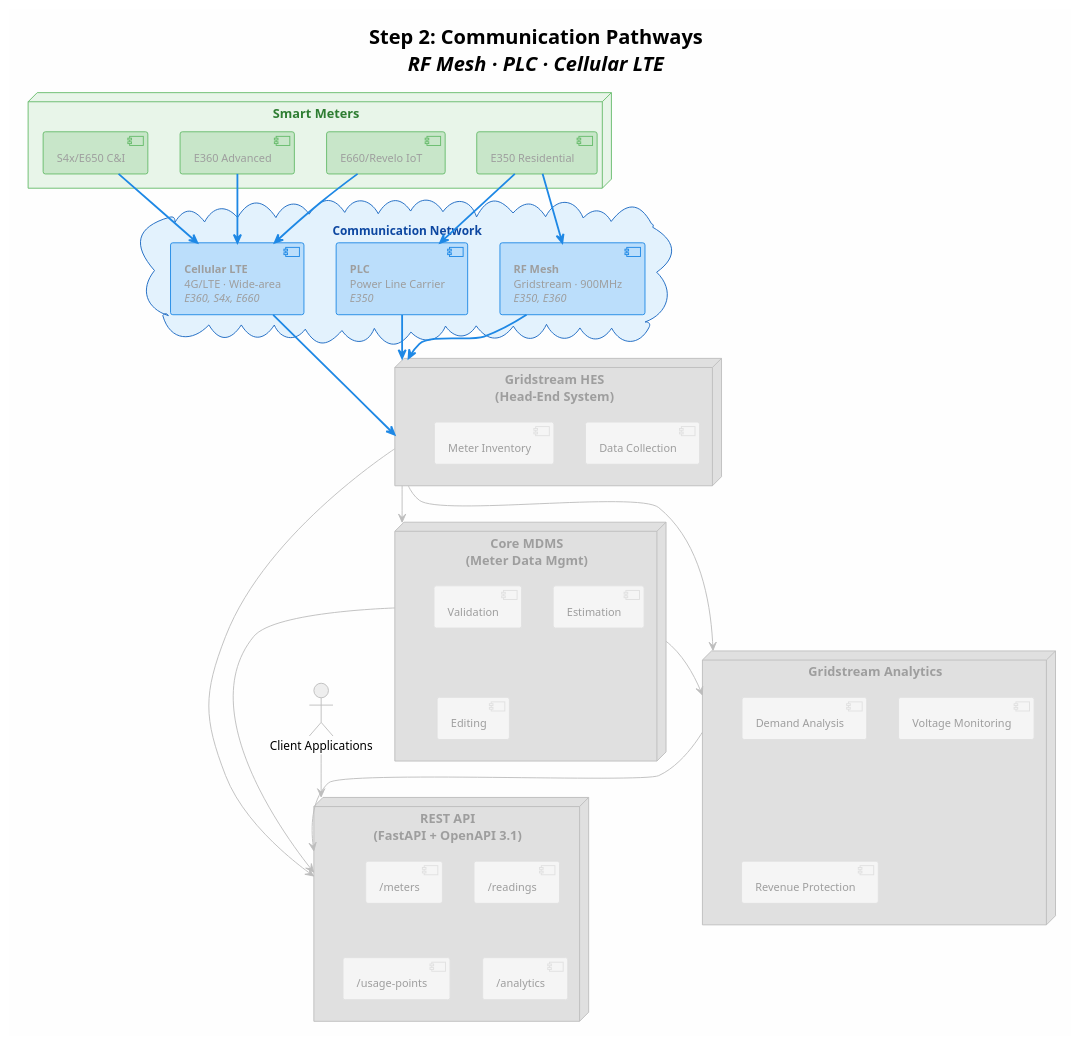
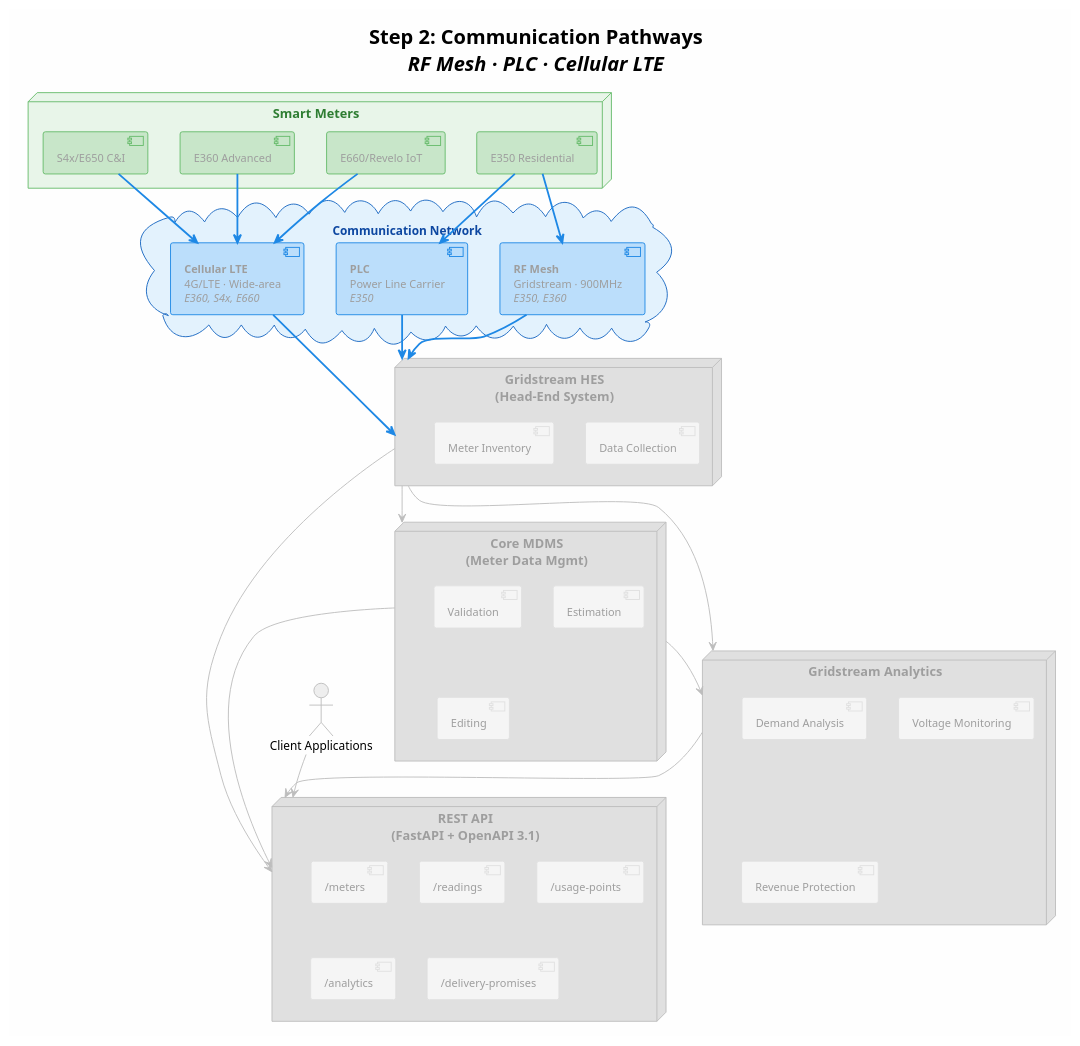
Before and after one commit to pjm4github/PokeAMI: the diagram in docs/diagrams/walkthrough/architecture_step2_comms.puml, drawn with PlantUML. The commit also changed 16 other files, not shown here.

First line of the commit message:
Rename to PokeAMI, update README and all PlantUML diagrams

```diff
--- a/docs/diagrams/walkthrough/architecture_step2_comms.puml
+++ b/docs/diagrams/walkthrough/architecture_step2_comms.puml
@@ -1,89 +1,90 @@
 @startuml Architecture - Step 2: Communication Network
 !theme plain
 
 title <b>Step 2: Communication Pathways</b>\n<i>RF Mesh · PLC · Cellular LTE</i>
 
 skinparam backgroundColor #FEFEFE
 skinparam defaultFontSize 13
 
 ' ── DIM everything by default ──
 skinparam node {
     BackgroundColor #E0E0E0
     BorderColor #BDBDBD
     FontColor #9E9E9E
     FontSize 14
 }
 skinparam cloud {
     BackgroundColor #E0E0E0
     BorderColor #BDBDBD
     FontColor #9E9E9E
 }
 skinparam component {
     FontSize 12
     FontColor #9E9E9E
     BackgroundColor #F5F5F5
     BorderColor #E0E0E0
 }
 skinparam actor {
     BackgroundColor #EEEEEE
     BorderColor #BDBDBD
 }
 
 node "Smart Meters" as Meters #E8F5E9;line:66BB6A;text:2E7D32 {
     [E350 Residential] as E350 #C8E6C9;line:66BB6A
     [E360 Advanced] as E360 #C8E6C9;line:66BB6A
     [S4x/E650 C&I] as S4x #C8E6C9;line:66BB6A
     [E660/Revelo IoT] as E660 #C8E6C9;line:66BB6A
 }
 
 cloud "Communication Network" as Comm #E3F2FD;line:1565C0;text:0D47A1 {
     [<b>RF Mesh</b>\nGridstream · 900MHz\n<i>E350, E360</i>] as RF #BBDEFB;line:1E88E5
     [<b>PLC</b>\nPower Line Carrier\n<i>E350</i>] as PLC #BBDEFB;line:1E88E5
     [<b>Cellular LTE</b>\n4G/LTE · Wide-area\n<i>E360, S4x, E660</i>] as LTE #BBDEFB;line:1E88E5
 }
 
 node "Gridstream HES\n(Head-End System)" as HES {
     [Data Collection] as DC
     [Meter Inventory] as MI
 }
 
 node "Core MDMS\n(Meter Data Mgmt)" as MDM {
     [Validation] as Val
     [Estimation] as Est
     [Editing] as Edit
 }
 
 node "Gridstream Analytics" as GA {
     [Demand Analysis] as DA
     [Voltage Monitoring] as VM
     [Revenue Protection] as RP
 }
 
 node "REST API\n(FastAPI + OpenAPI 3.1)" as API {
     [/meters] as EM
     [/readings] as ER
     [/usage-points] as EU
     [/analytics] as EA
+    [/delivery-promises] as EDP
 }
 
 actor "Client Applications" as Client
 
 E350 -[#1E88E5,bold]-> RF
 E360 -[#1E88E5,bold]-> LTE
 S4x -[#1E88E5,bold]-> LTE
 E660 -[#1E88E5,bold]-> LTE
 E350 -[#1E88E5,bold]-> PLC
 
 RF -[#1E88E5,bold]-> HES
 PLC -[#1E88E5,bold]-> HES
 LTE -[#1E88E5,bold]-> HES
 
 HES -[#BDBDBD]-> MDM
 MDM -[#BDBDBD]-> GA
 HES -[#BDBDBD]-> GA
 HES -[#BDBDBD]-> API
 MDM -[#BDBDBD]-> API
 GA -[#BDBDBD]-> API
 Client -[#BDBDBD]-> API
 
 @enduml
```
